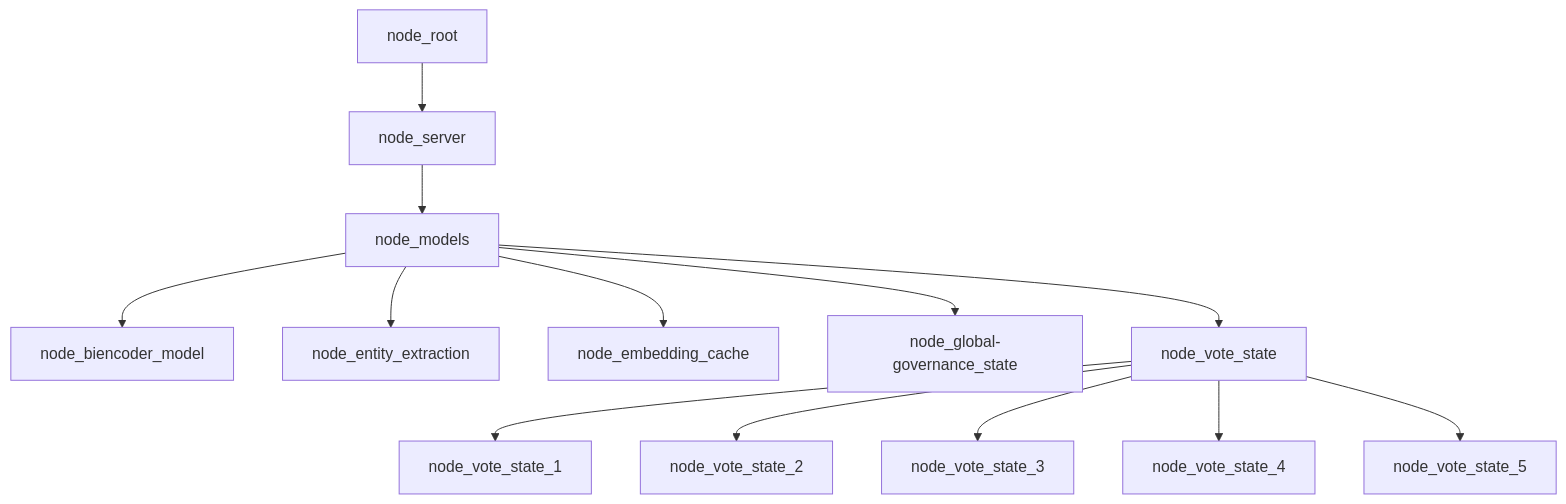
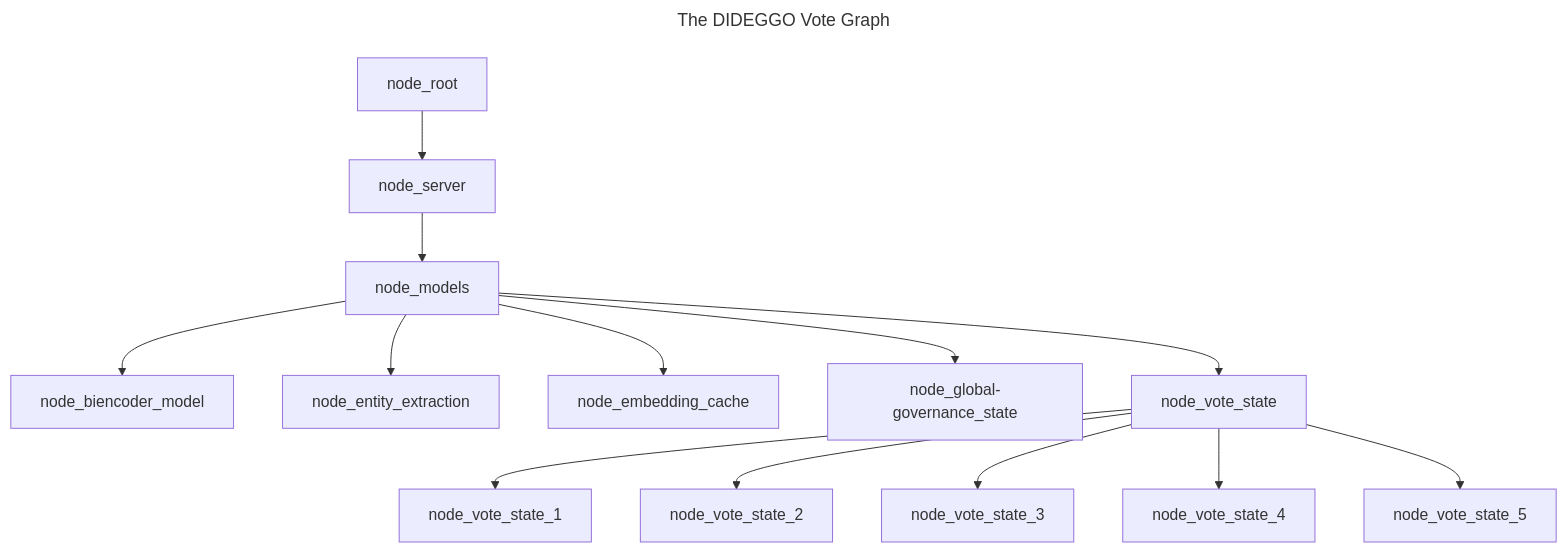
The diagram in server/models/vote-state/vote-graph-jac.md (WrappedUsername/dideggo), drawn with Mermaid before and after one commit. The commit also changed 1 other file, not shown here.

Commit message:
Configuring files - Keefe

````diff
--- a/server/models/vote-state/vote-graph-jac.md
+++ b/server/models/vote-state/vote-graph-jac.md
@@ -5,15 +5,18 @@
 ```mermaid
+---
+title: The DIDEGGO Vote Graph
+---
 graph TD;
     node_root-->node_server
     node_server-->node_models
     node_models-->node_biencoder_model
     node_models-->node_entity_extraction
     node_models-->node_embedding_cache
     node_models-->node_global-governance_state
     node_models-->node_vote_state
     node_vote_state-->node_vote_state_1
     node_vote_state-->node_vote_state_2
     node_vote_state-->node_vote_state_3
     node_vote_state-->node_vote_state_4
     node_vote_state-->node_vote_state_5
 ```
````
